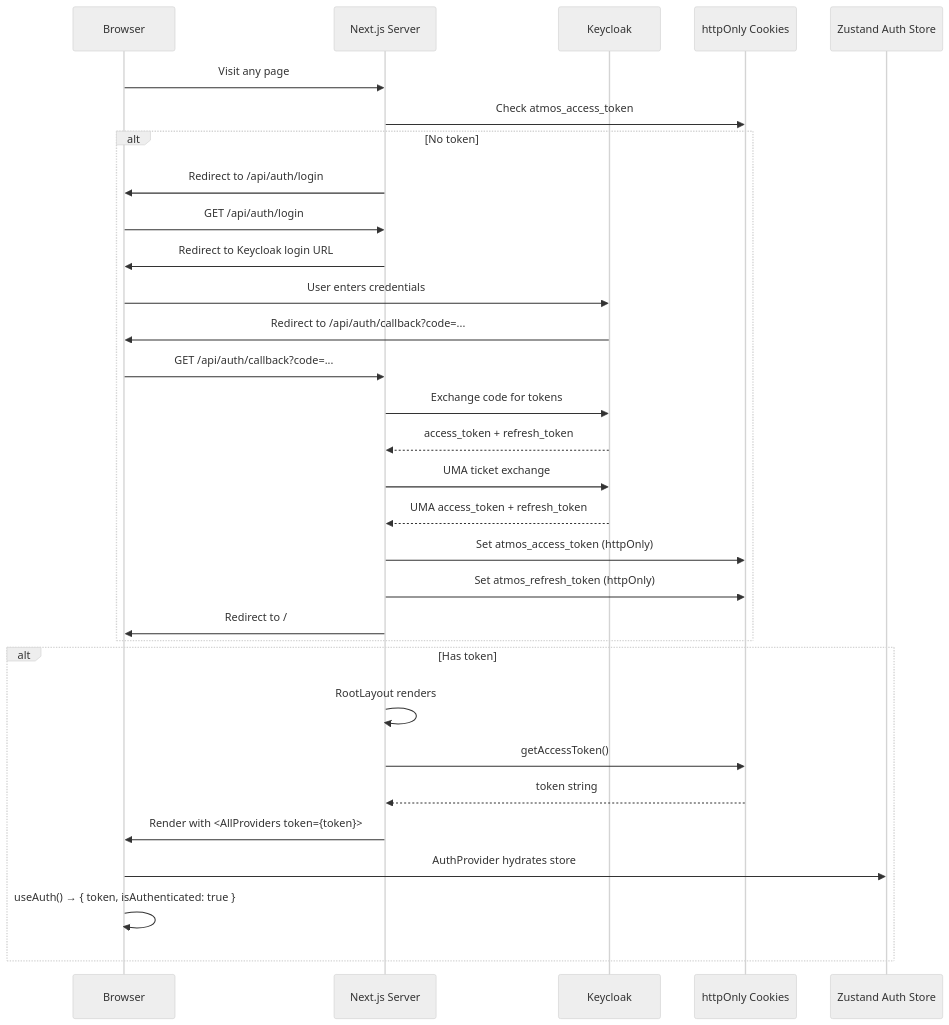
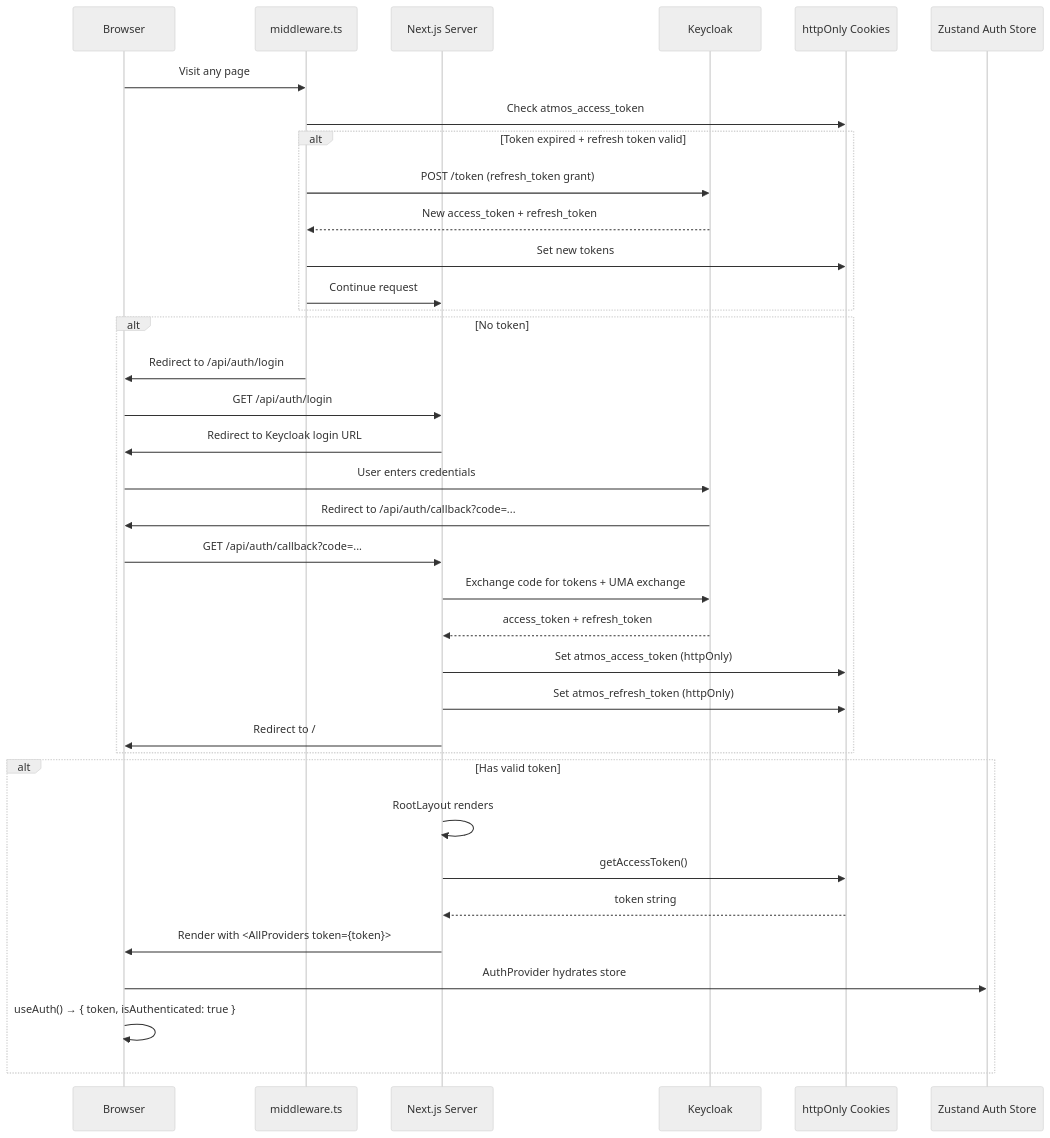
Before and after one commit to flyingheart1997/antaris-demo: the third of 6 diagrams in docs/architecture/data-flow.md, drawn with Mermaid (neutral theme). The commit also changed other lines of this file and 57 other files, not shown here.

Commit message:
improve project architecture

````diff
--- a/docs/architecture/data-flow.md
+++ b/docs/architecture/data-flow.md
@@ -81,36 +81,42 @@
 ```mermaid
 sequenceDiagram
     participant Browser as Browser
+    participant MW as middleware.ts
     participant Next as Next.js Server
     participant KC as Keycloak
     participant Cookie as httpOnly Cookies
     participant ZS as Zustand Auth Store
 
-    Browser->>Next: Visit any page
-    Next->>Cookie: Check atmos_access_token
-    
+    Browser->>MW: Visit any page
+    MW->>Cookie: Check atmos_access_token
+
+    alt Token expired + refresh token valid
+        MW->>KC: POST /token (refresh_token grant)
+        KC-->>MW: New access_token + refresh_token
+        MW->>Cookie: Set new tokens
+        MW->>Next: Continue request
+    end
+
     alt No token
-        Next->>Browser: Redirect to /api/auth/login
+        MW->>Browser: Redirect to /api/auth/login
         Browser->>Next: GET /api/auth/login
         Next->>Browser: Redirect to Keycloak login URL
         Browser->>KC: User enters credentials
         KC->>Browser: Redirect to /api/auth/callback?code=...
         Browser->>Next: GET /api/auth/callback?code=...
-        Next->>KC: Exchange code for tokens
+        Next->>KC: Exchange code for tokens + UMA exchange
         KC-->>Next: access_token + refresh_token
-        Next->>KC: UMA ticket exchange
-        KC-->>Next: UMA access_token + refresh_token
         Next->>Cookie: Set atmos_access_token (httpOnly)
         Next->>Cookie: Set atmos_refresh_token (httpOnly)
         Next->>Browser: Redirect to /
     end
 
-    alt Has token
+    alt Has valid token
         Next->>Next: RootLayout renders
         Next->>Cookie: getAccessToken()
         Cookie-->>Next: token string
         Next->>Browser: Render with <AllProviders token={token}>
         Browser->>ZS: AuthProvider hydrates store
         Browser->>Browser: useAuth() → { token, isAuthenticated: true }
     end
 ```
````
